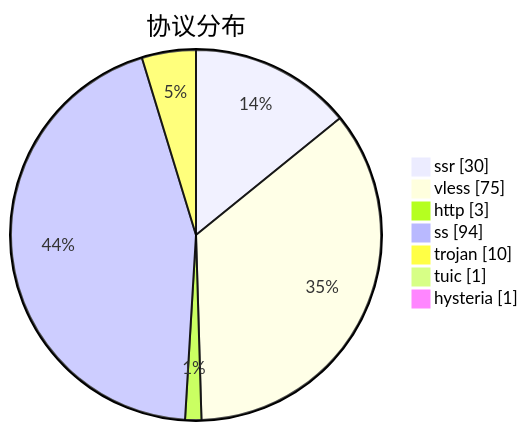
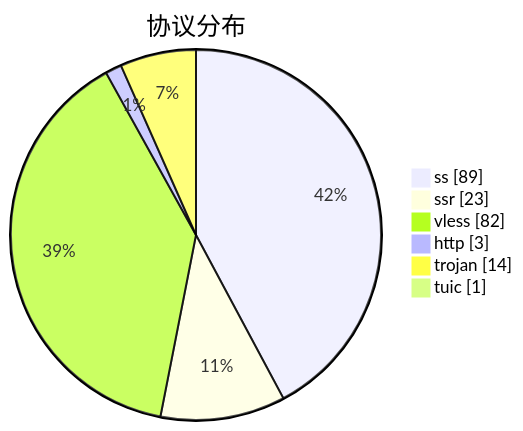
Before and after one commit to qjlxg/airport: the third of 3 diagrams in subs/statistics/tested_within.md, drawn with Mermaid. The commit also changed other lines of this file and 2 other files, not shown here.

````diff
--- a/subs/statistics/tested_within.md
+++ b/subs/statistics/tested_within.md
@@ -31,11 +31,10 @@
 ```mermaid
 pie showData
 title 协议分布
-"ssr" : 30
-"vless" : 75
+"ss" : 89
+"ssr" : 23
+"vless" : 82
 "http" : 3
-"ss" : 94
-"trojan" : 10
+"trojan" : 14
 "tuic" : 1
-"hysteria" : 1
 ```
````
